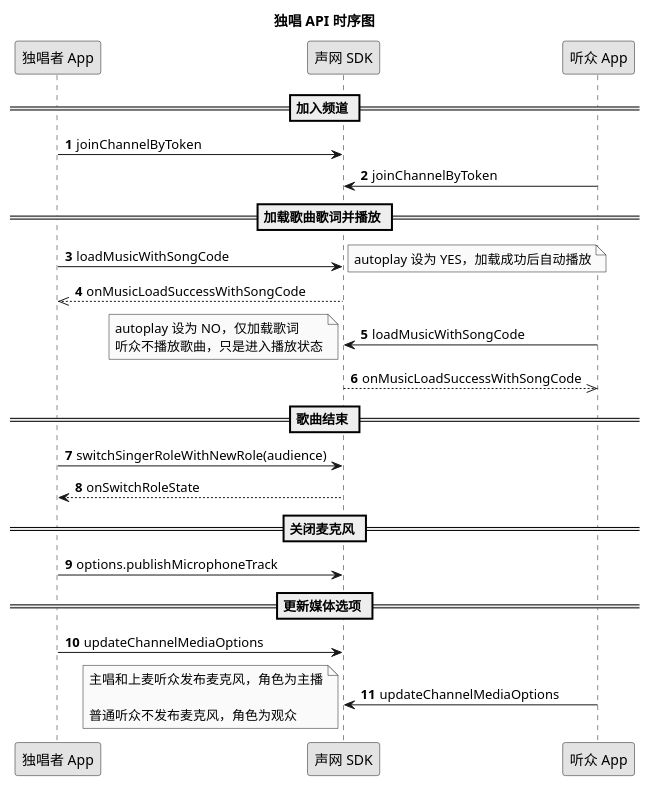
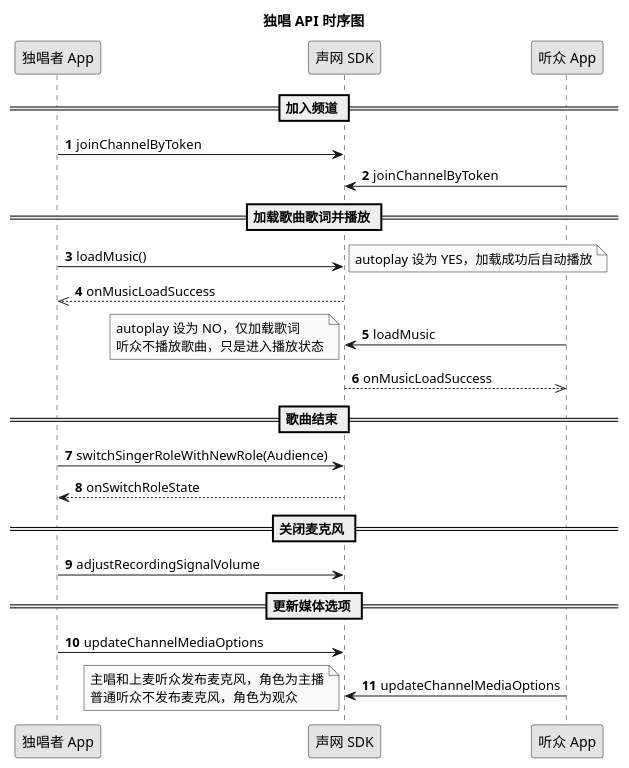
The diagram in markdown/online-ktv/改进/场景化方案/iOS/实现文档/独唱.wsd (AgoraIO/agora_doc_source), drawn with PlantUML before and after one commit. The commit also changed 4 other files, not shown here.

```diff
--- a/markdown/online-ktv/改进/场景化方案/iOS/实现文档/独唱.wsd
+++ b/markdown/online-ktv/改进/场景化方案/iOS/实现文档/独唱.wsd
@@ -1,36 +1,35 @@
 @startuml
 title 独唱 API 时序图
 autonumber
 skinparam monochrome true
 participant "独唱者 App" as a
 participant "声网 SDK" as b
 participant "听众 App" as c
 == 加入频道 ==
 a -> b: joinChannelByToken
 c -> b: joinChannelByToken
 == 加载歌曲歌词并播放 ==
-a -> b: loadMusicWithSongCode
+a -> b: loadMusic()
 note right
 autoplay 设为 YES，加载成功后自动播放
 end note
-b -->> a: onMusicLoadSuccessWithSongCode
-c -> b: loadMusicWithSongCode
+b -->> a: onMusicLoadSuccess
+c -> b: loadMusic
 note left
 autoplay 设为 NO，仅加载歌词
 听众不播放歌曲，只是进入播放状态
 end note
-b -->> c: onMusicLoadSuccessWithSongCode
+b -->> c: onMusicLoadSuccess
 == 歌曲结束 ==
-a -> b: switchSingerRoleWithNewRole(audience)
+a -> b: switchSingerRoleWithNewRole(Audience)
 b --> a: onSwitchRoleState
 == 关闭麦克风 ==
-a -> b: options.publishMicrophoneTrack
+a -> b:adjustRecordingSignalVolume
 == 更新媒体选项 ==
 a -> b: updateChannelMediaOptions
 c -> b: updateChannelMediaOptions
 note left
 主唱和上麦听众发布麦克风，角色为主播
-
 普通听众不发布麦克风，角色为观众
 end note
 @enduml
```
